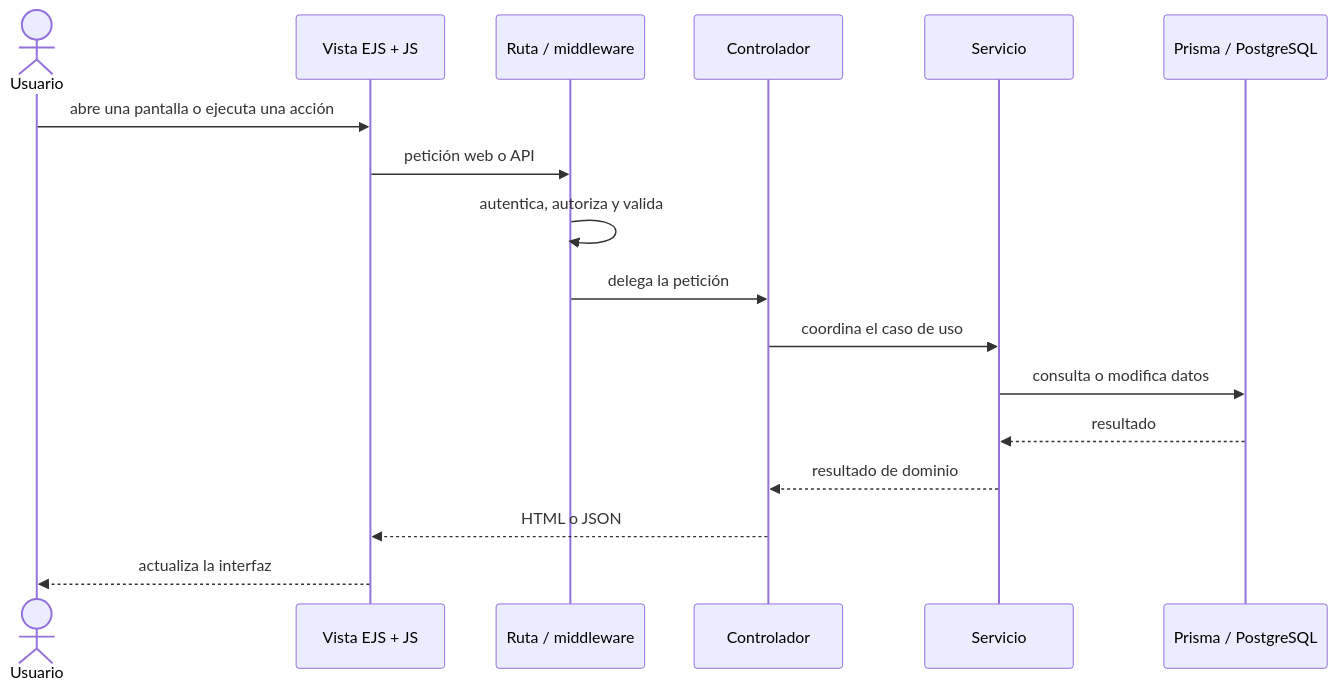
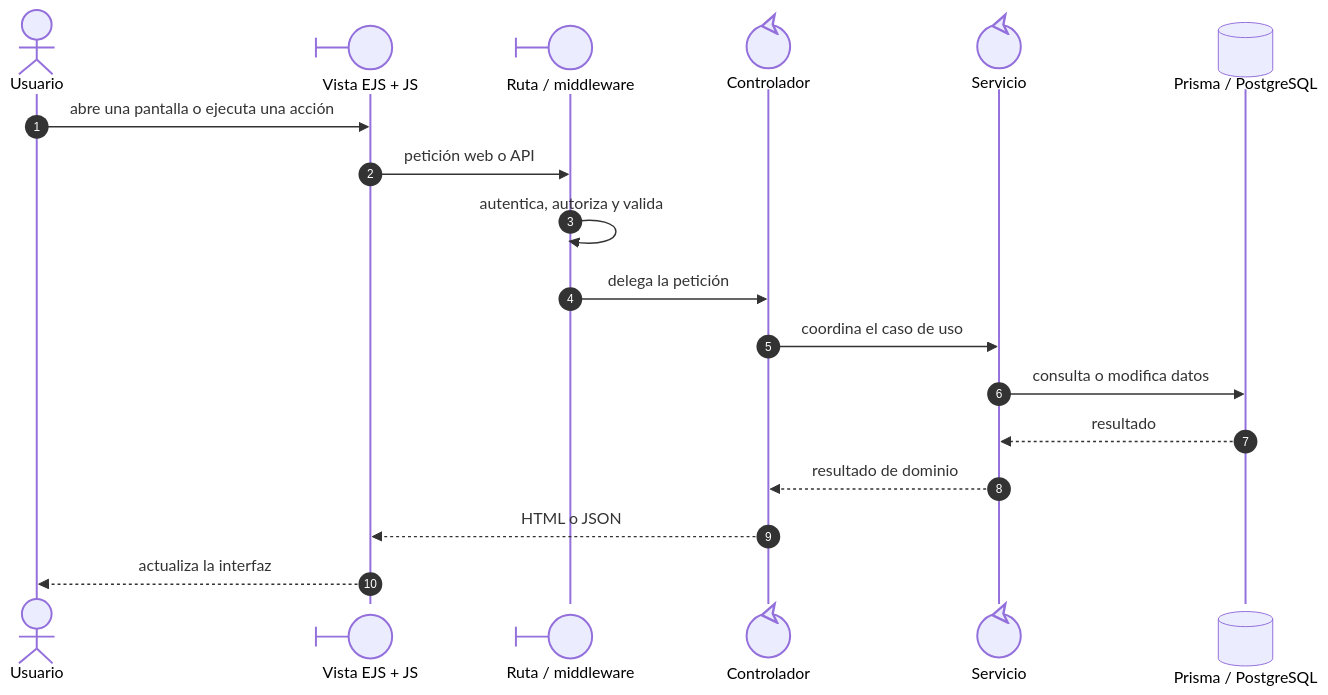
Before and after one commit to gpgsistemas01/nexus: the diagram in docs/architecture/views/processes/01-end-to-end-interaction.md, drawn with Mermaid. The commit also changed 198 other files, not shown here.

Commit message:
docs: mejorar notación UML y distribución de diagramas Mermaid

````diff
--- a/docs/architecture/views/processes/01-end-to-end-interaction.md
+++ b/docs/architecture/views/processes/01-end-to-end-interaction.md
@@ -8,20 +8,21 @@
 ```mermaid
 sequenceDiagram
+    autonumber
     actor U as Usuario
-    participant V as Vista EJS + JS
-    participant R as Ruta / middleware
-    participant C as Controlador
-    participant S as Servicio
-    participant P as Prisma / PostgreSQL
+    participant V@{ "type": "boundary" } as Vista EJS + JS
+    participant R@{ "type": "boundary" } as Ruta / middleware
+    participant C@{ "type": "control" } as Controlador
+    participant S@{ "type": "control" } as Servicio
+    participant P@{ "type": "database" } as Prisma / PostgreSQL
 
     U->>V: abre una pantalla o ejecuta una acción
     V->>R: petición web o API
     R->>R: autentica, autoriza y valida
     R->>C: delega la petición
     C->>S: coordina el caso de uso
     S->>P: consulta o modifica datos
     P-->>S: resultado
     S-->>C: resultado de dominio
     C-->>V: HTML o JSON
     V-->>U: actualiza la interfaz
 ```
````
